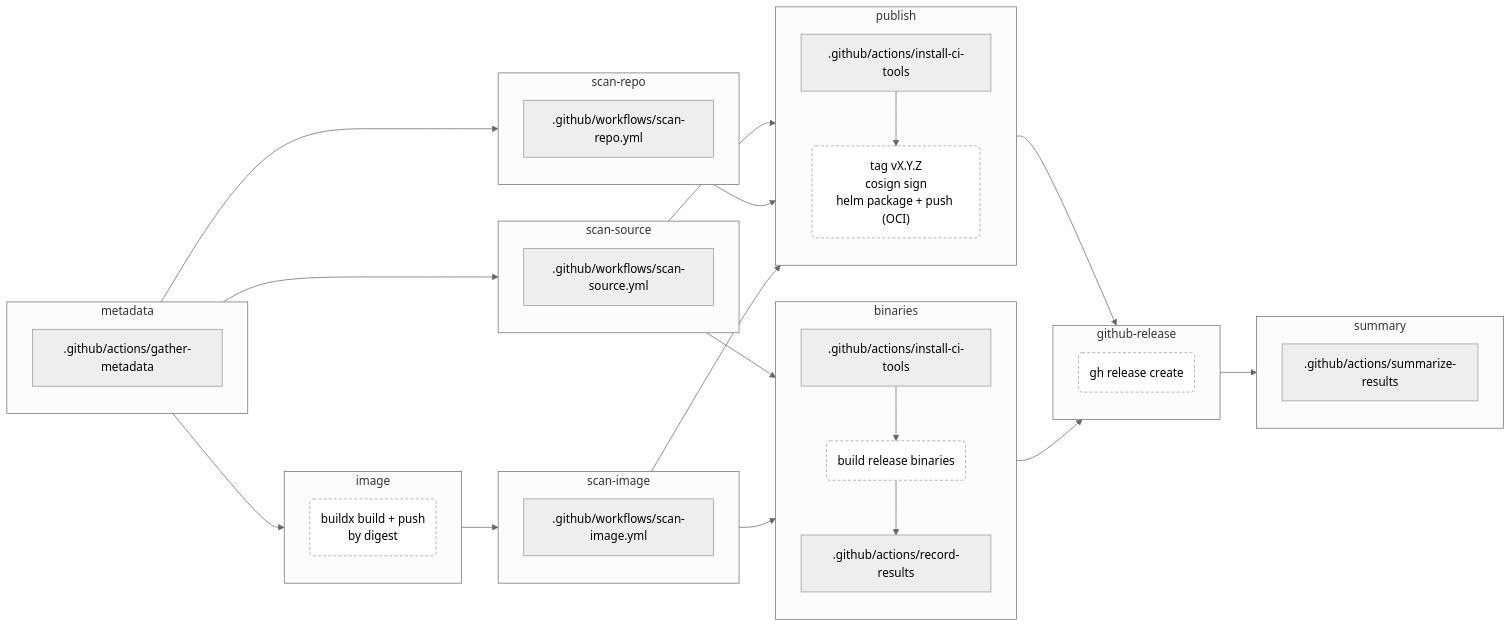
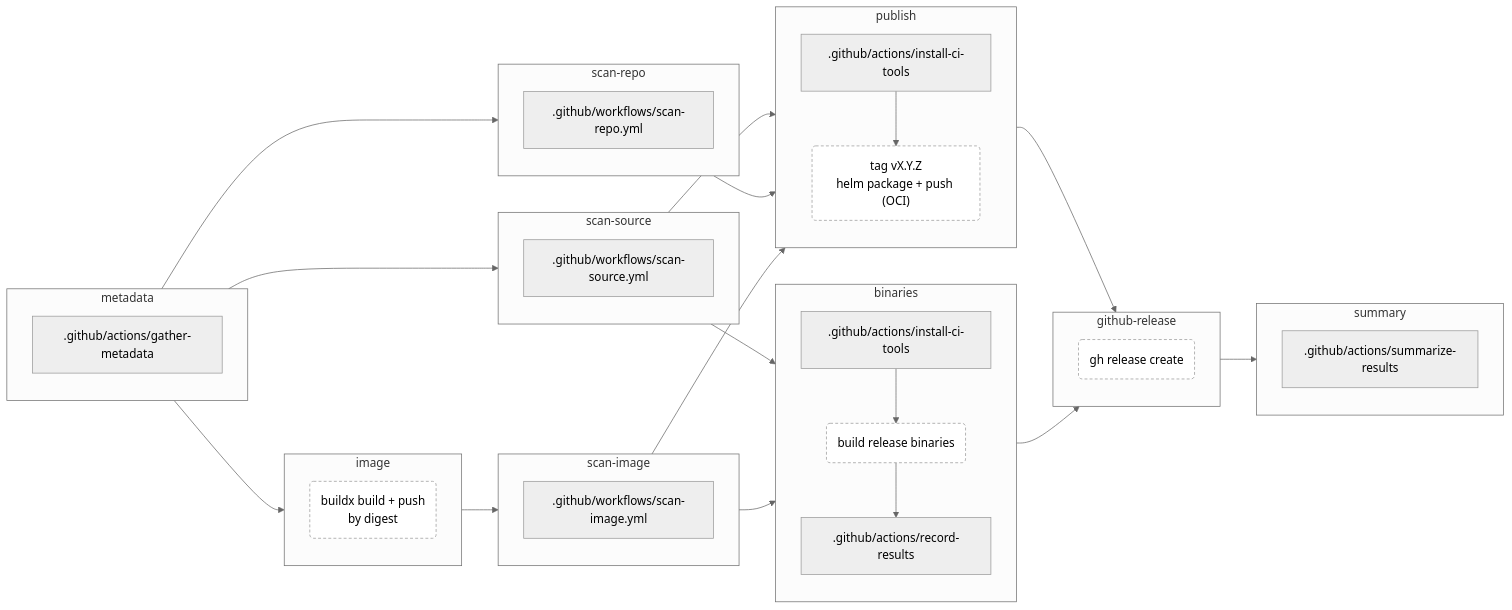
The fourth of 8 diagrams in docs/GITHUB.md (YoyoBesser/echo-pong), drawn with Mermaid (neutral theme) before and after one commit. The commit also changed 6 other files, not shown here.

````diff
--- a/docs/GITHUB.md
+++ b/docs/GITHUB.md
@@ -166,57 +166,57 @@
 ```mermaid
 flowchart LR
   classDef do fill:#fff,stroke:#999,stroke-dasharray:4 3,color:#000
   subgraph j_metadata["metadata"]
     direction TB
     j_metadata_0[.github/actions/gather-metadata]
   end
   subgraph j_image["image"]
     direction TB
     j_image_0("buildx build + push<br>by digest"):::do
   end
   subgraph j_scan_source["scan-source"]
     direction TB
     j_scan_source_0[.github/workflows/scan-source.yml]
   end
   subgraph j_scan_repo["scan-repo"]
     direction TB
     j_scan_repo_0[.github/workflows/scan-repo.yml]
   end
   subgraph j_scan_image["scan-image"]
     direction TB
     j_scan_image_0[.github/workflows/scan-image.yml]
   end
   subgraph j_publish["publish"]
     direction TB
     j_publish_0[.github/actions/install-ci-tools]
-    j_publish_1("tag vX.Y.Z<br>cosign sign<br>helm package + push (OCI)"):::do
+    j_publish_1("tag vX.Y.Z<br>helm package + push (OCI)"):::do
     j_publish_0 --> j_publish_1
   end
   subgraph j_binaries["binaries"]
     direction TB
     j_binaries_0[.github/actions/install-ci-tools]
     j_binaries_1("build release binaries"):::do
     j_binaries_2[.github/actions/record-results]
     j_binaries_0 --> j_binaries_1 --> j_binaries_2
   end
   subgraph j_github_release["github-release"]
     direction TB
     j_github_release_0("gh release create"):::do
   end
   subgraph j_summary["summary"]
     direction TB
     j_summary_0[.github/actions/summarize-results]
   end
   j_metadata --> j_image
   j_metadata --> j_scan_source
   j_metadata --> j_scan_repo
   j_image --> j_scan_image
   j_scan_source --> j_publish
   j_scan_repo --> j_publish
   j_scan_image --> j_publish
   j_scan_source --> j_binaries
   j_scan_image --> j_binaries
   j_publish --> j_github_release
   j_binaries --> j_github_release
   j_github_release --> j_summary
 ```
````
